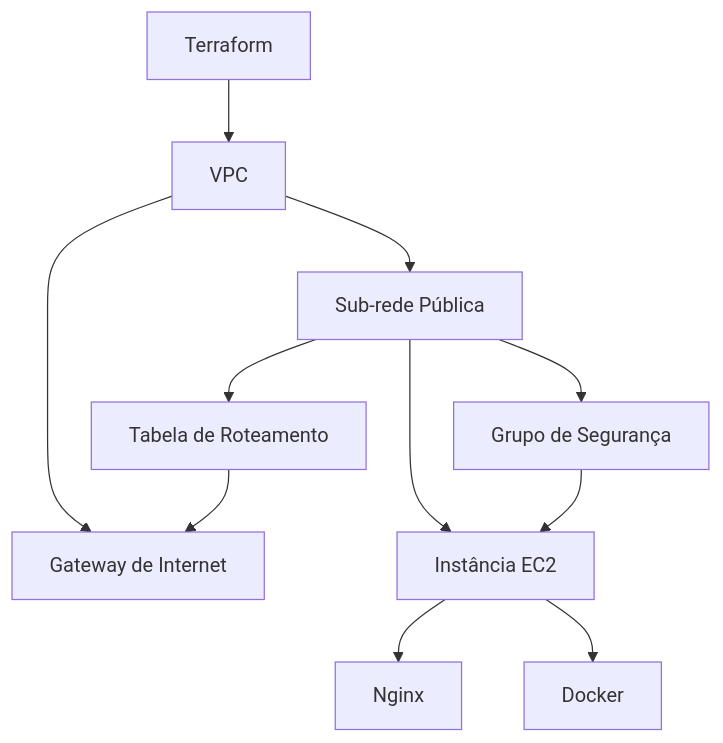
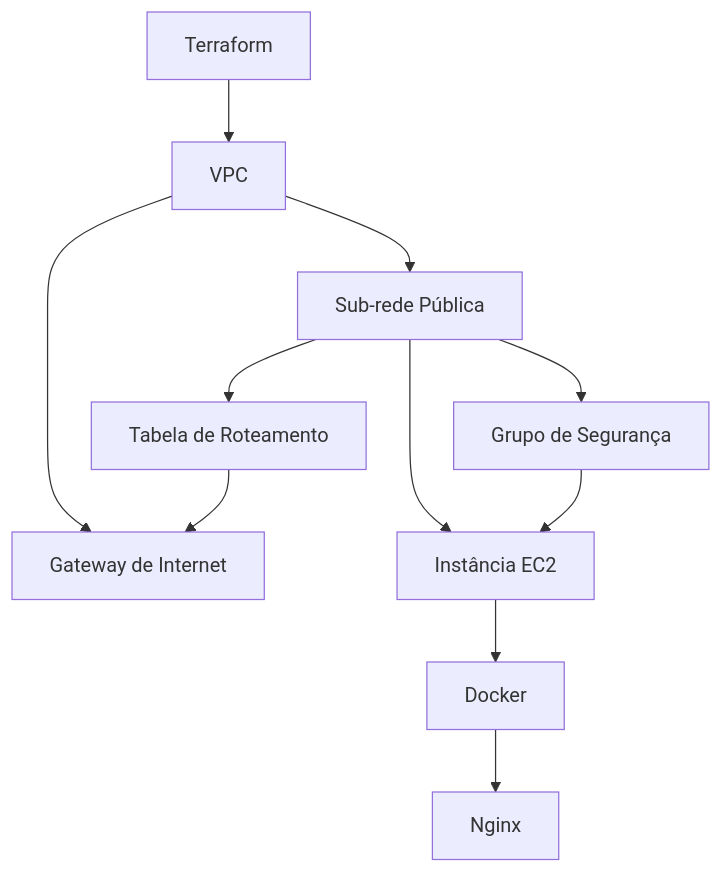
Before and after one commit to isabelaleeite/vexpenses-projeto-devops: the diagram in README.md, drawn with Mermaid. The commit also changed other lines of this file and 7 other files, not shown here.

````diff
--- a/README.md
+++ b/README.md
@@ -32,13 +30,13 @@
 ```mermaid
 graph TD;
     A[Terraform] --> B[VPC]
     B --> C[Sub-rede Pública]
     B --> D[Gateway de Internet]
     C --> E[Tabela de Roteamento]
     C --> F[Grupo de Segurança]
     C --> G[Instância EC2]
     F --> G
-    G --> H[Nginx]
     G --> I[Docker]
+    I --> H[Nginx]
     E --> D
 ```
````
